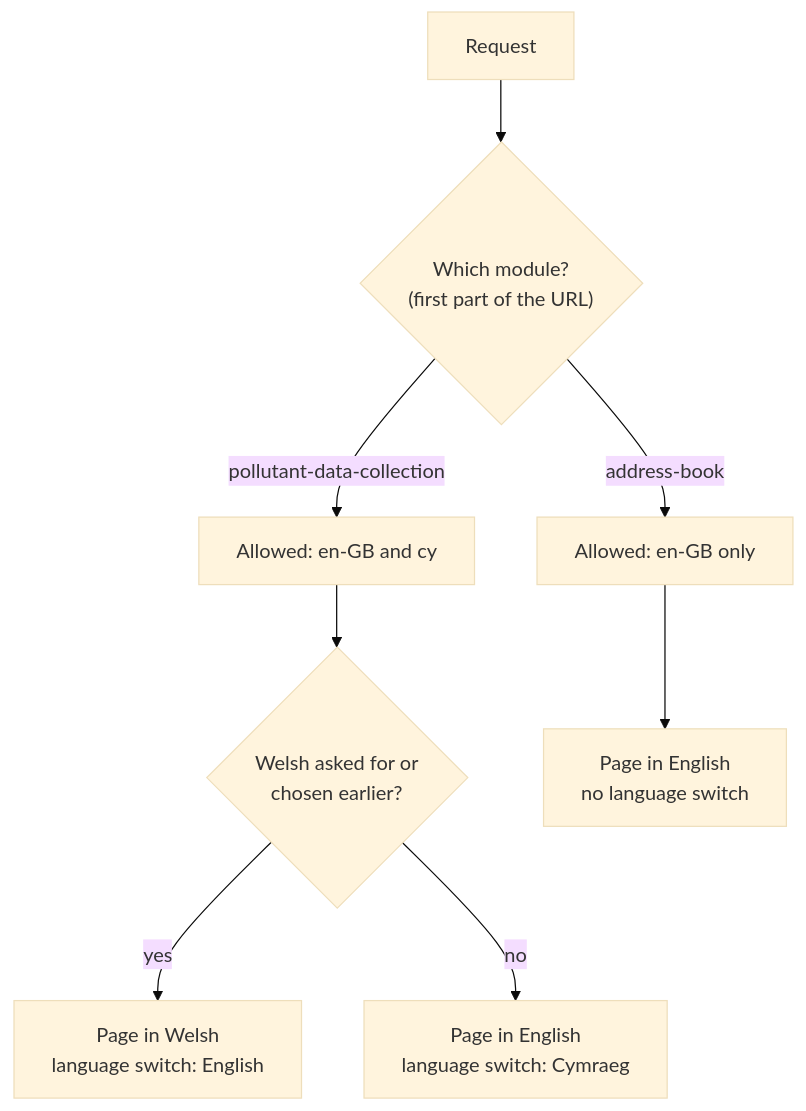
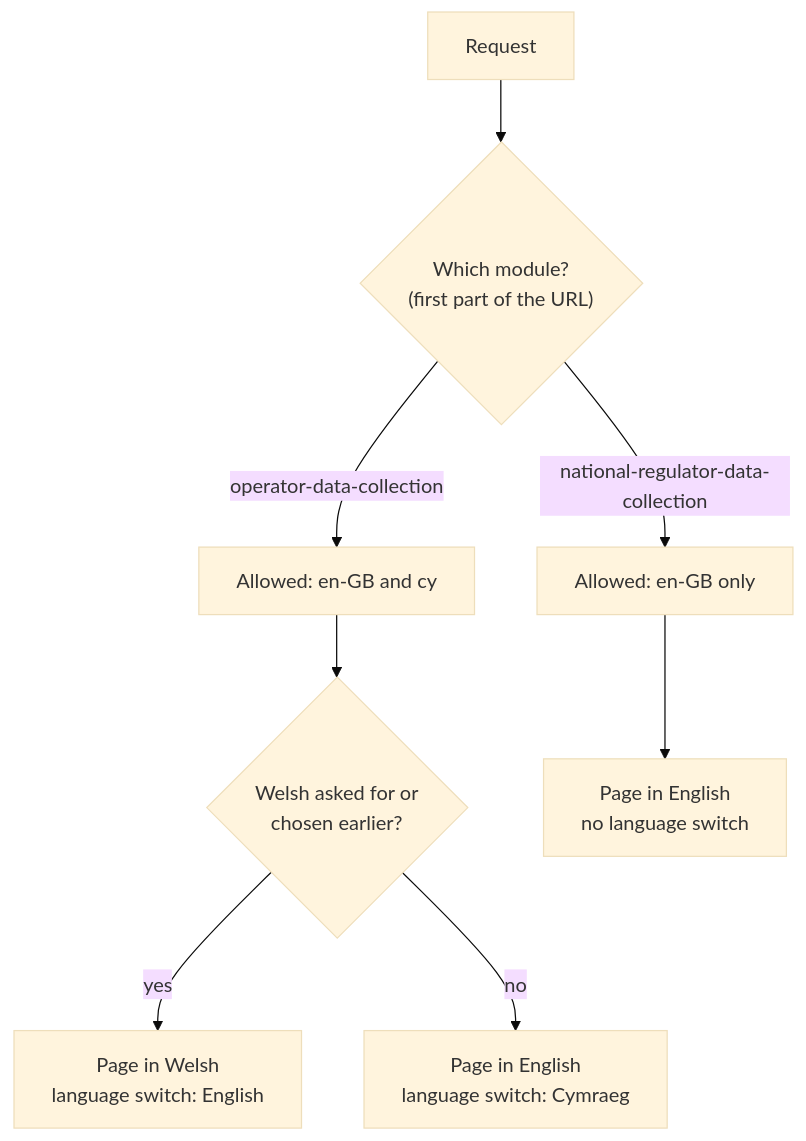
One commit to DEFRA/aqie-prtr-submissions-frontend changed the fourth of 4 diagrams in docs/architecture.md. Above: the diagram before and after it, drawn with Mermaid (base theme). The commit also changed other lines of this file and 2 other files, not shown here.

````diff
--- a/docs/architecture.md
+++ b/docs/architecture.md
@@ -574,10 +277,10 @@
 ```mermaid
 flowchart TB
   R["Request"] --> M{"Which module?<br/>(first part of the URL)"}
-  M -->|"pollutant-data-collection"| W["Allowed: en-GB and cy"]
-  M -->|"address-book"| E["Allowed: en-GB only"]
+  M -->|"operator-data-collection"| W["Allowed: en-GB and cy"]
+  M -->|"national-regulator-data-collection"| E["Allowed: en-GB only"]
   W --> C{"Welsh asked for or<br/>chosen earlier?"}
   C -->|yes| CY["Page in Welsh<br/>language switch: English"]
   C -->|no| EN["Page in English<br/>language switch: Cymraeg"]
   E --> EN2["Page in English<br/>no language switch"]
 ```
````
